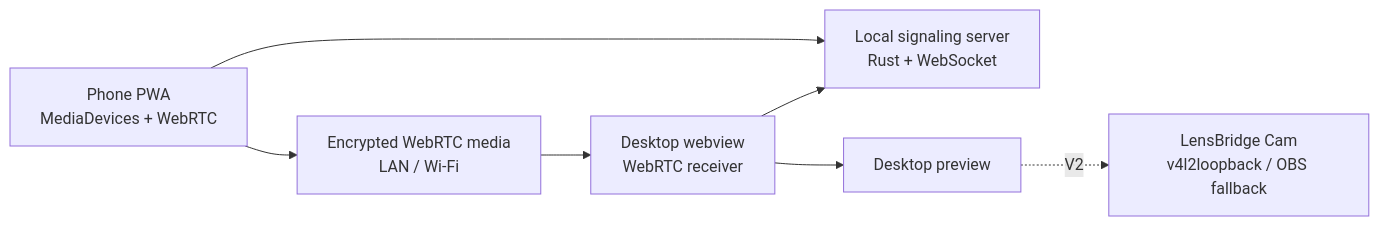
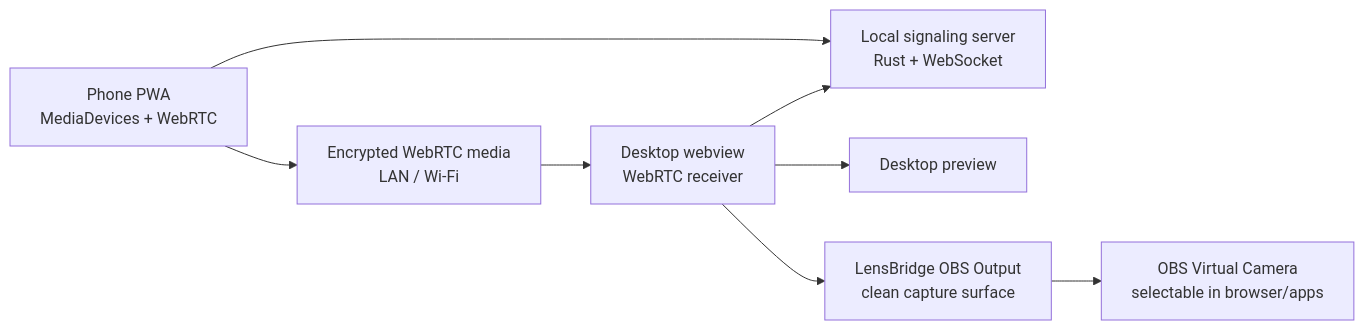
Before and after one commit to Abhi190702/lensbridge: the diagram in README.md, drawn with Mermaid. The commit also changed other lines of this file and 33 other files, not shown here.

Commit message:
Stabilize OBS output workflow

````diff
--- a/README.md
+++ b/README.md
@@ -34,9 +35,10 @@
 ```mermaid
 flowchart LR
   phone["Phone PWA<br/>MediaDevices + WebRTC"] --> signal["Local signaling server<br/>Rust + WebSocket"]
   desktop["Desktop webview<br/>WebRTC receiver"] --> signal
   phone --> media["Encrypted WebRTC media<br/>LAN / Wi-Fi"]
   media --> desktop
   desktop --> preview["Desktop preview"]
-  preview -. "V2" .-> vcam["LensBridge Cam<br/>v4l2loopback / OBS fallback"]
+  desktop --> obs["LensBridge OBS Output<br/>clean capture surface"]
+  obs --> virtual["OBS Virtual Camera<br/>selectable in browser/apps"]
 ```
````
